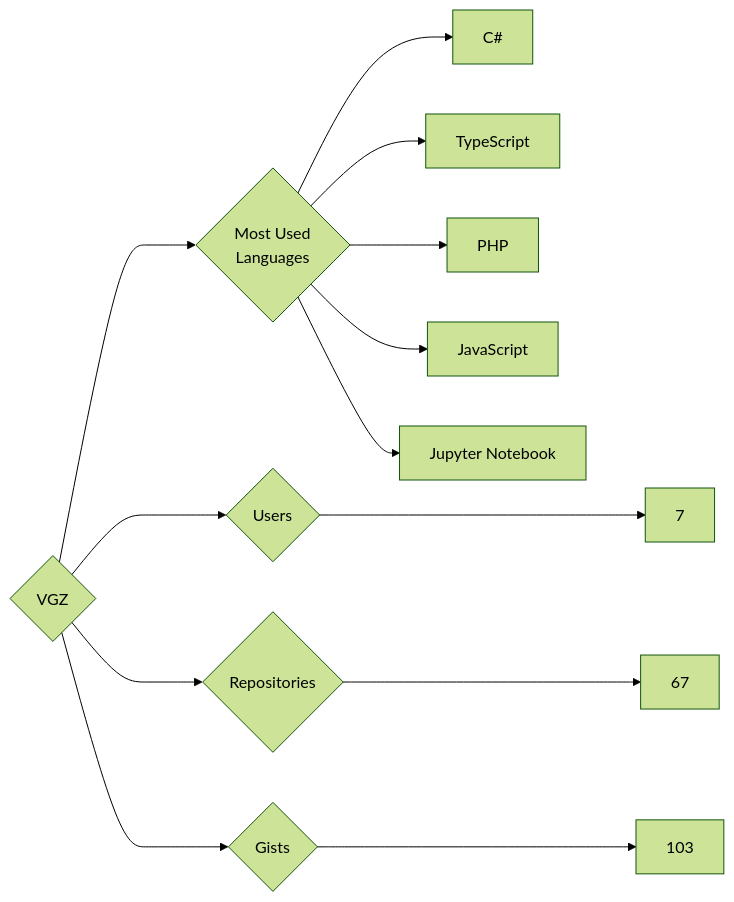
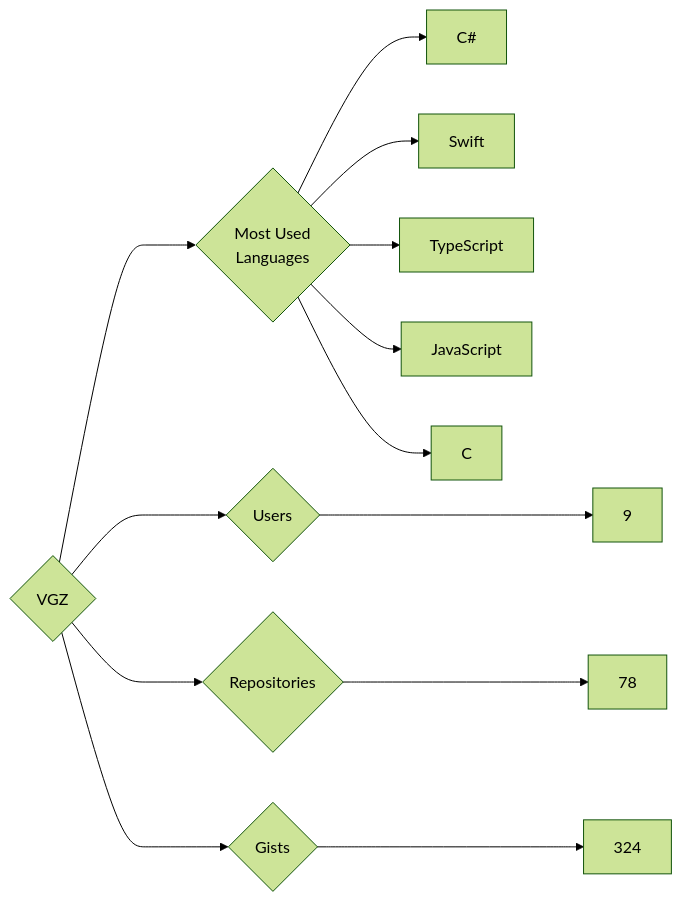
One commit to trickest/insiders changed the diagram in targets/VGZ/README.md. Above: the diagram before and after it, drawn with Mermaid (forest theme). The commit also changed 835 other files, not shown here.

````diff
--- a/targets/VGZ/README.md
+++ b/targets/VGZ/README.md
@@ -3,13 +3,13 @@
 ```mermaid
 graph LR
 COMPANY_NAME{VGZ}
-COMPANY_NAME ---> U{Users} ---> UN[7]
-COMPANY_NAME ---> R{Repositories} ---> RN[67]
-COMPANY_NAME ---> G{Gists} ---> GN[103]
+COMPANY_NAME ---> U{Users} ---> UN[9]
+COMPANY_NAME ---> R{Repositories} ---> RN[78]
+COMPANY_NAME ---> G{Gists} ---> GN[324]
 COMPANY_NAME ---> ML{Most Used<br>Languages}
 ML --> C#[C#]
+ML --> Swift[Swift]
 ML --> TypeScript[TypeScript]
-ML --> PHP[PHP]
 ML --> JavaScript[JavaScript]
-ML --> Jupyter_Notebook[Jupyter Notebook]
+ML --> C[C]
 ```
````
